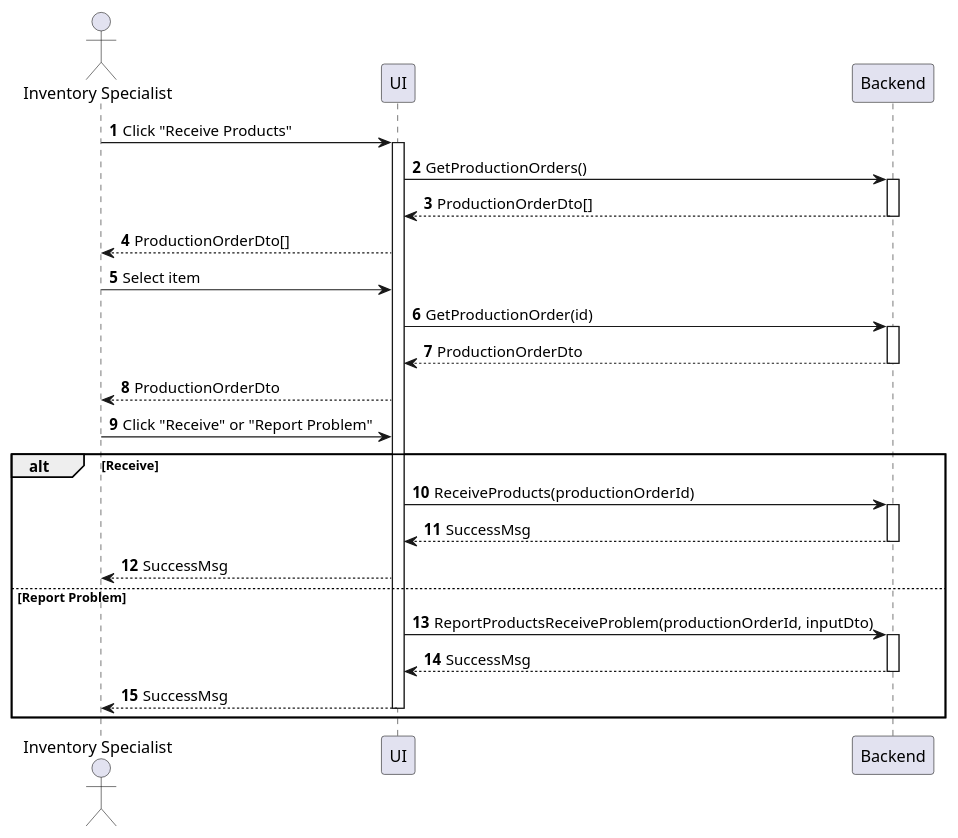
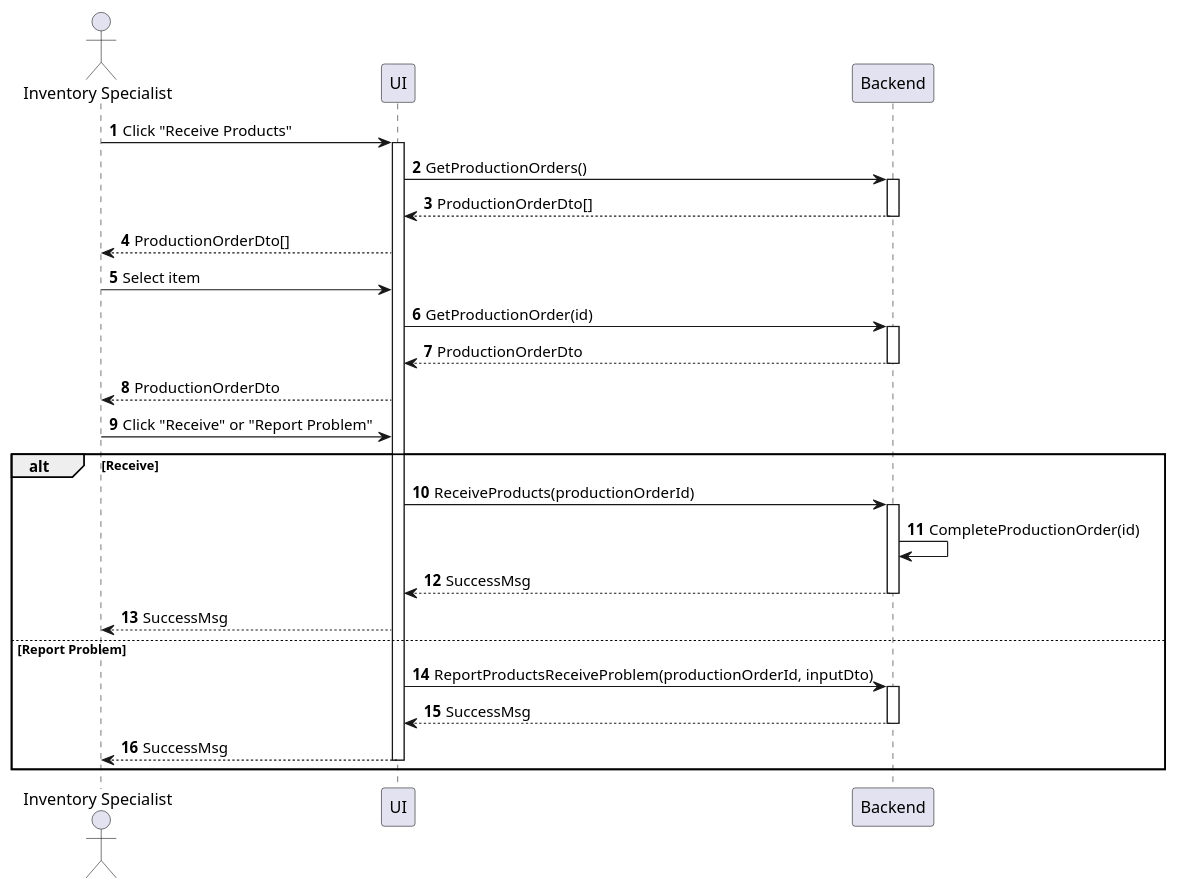
The diagram in sequences/inventory-product-receive.plantuml (phihungha/scmss-reqs), drawn with PlantUML before and after one commit. The commit also changed 11 other files, not shown here.

```diff
--- a/sequences/inventory-product-receive.plantuml
+++ b/sequences/inventory-product-receive.plantuml
@@ -1,33 +1,34 @@
 @startuml inventory-product-receive
 autonumber
 
 actor "Inventory Specialist" as a
 participant UI as f
 participant Backend as b
 
 a -> f : Click "Receive Products"
 activate f
 f -> b : GetProductionOrders()
 activate b
 return ProductionOrderDto[]
 f --> a : ProductionOrderDto[]
 a -> f : Select item
 f -> b : GetProductionOrder(id)
 activate b
 return ProductionOrderDto
 f --> a : ProductionOrderDto
 a -> f : Click "Receive" or "Report Problem"
 
 alt Receive
     f -> b : ReceiveProducts(productionOrderId)
     activate b
+    b -> b : CompleteProductionOrder(id)
     return SuccessMsg
     f --> a : SuccessMsg
 else Report Problem
     f -> b : ReportProductsReceiveProblem(productionOrderId, inputDto)
     activate b
     return SuccessMsg
     f --> a : SuccessMsg
     deactivate f
 end
 @enduml
```
